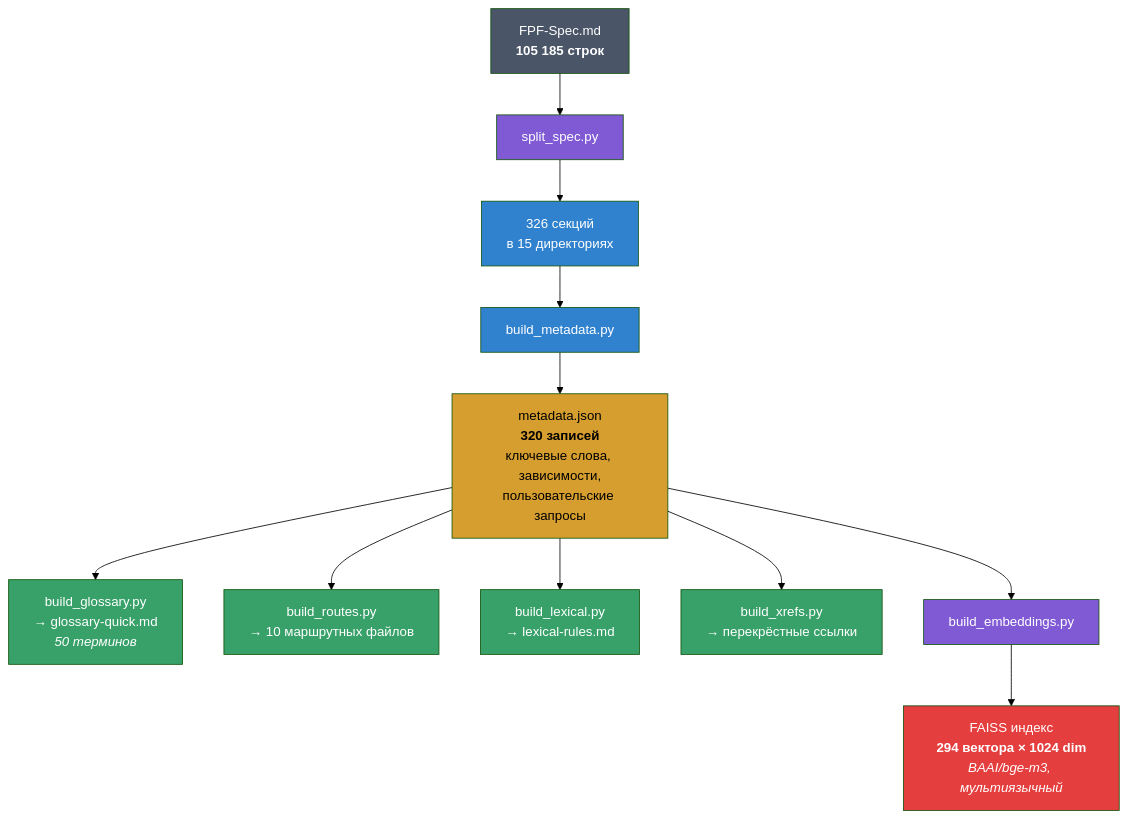
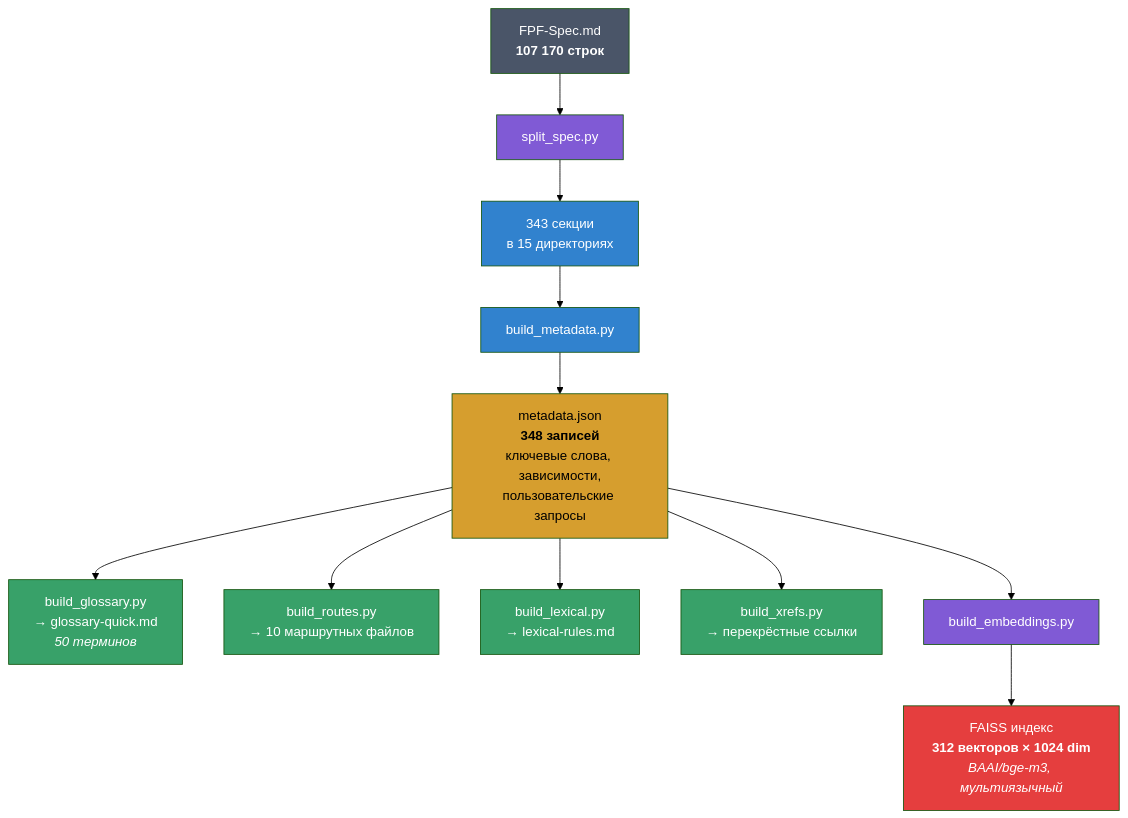
Before and after one commit to pokrovskiyv/FPF-agent: the fourth of 4 diagrams in Readme.md, drawn with Mermaid (forest theme). The commit also changed other lines of this file and 509 other files, not shown here.

````diff
--- a/Readme.md
+++ b/Readme.md
@@ -217,25 +217,25 @@
 ```mermaid
 graph TD
-    Spec["FPF-Spec.md<br/><b>105 185 строк</b>"] --> Split["split_spec.py"]
-    Split --> Sections["326 секций<br/>в 15 директориях"]
+    Spec["FPF-Spec.md<br/><b>107 170 строк</b>"] --> Split["split_spec.py"]
+    Split --> Sections["343 секции<br/>в 15 директориях"]
     Sections --> Meta["build_metadata.py"]
-    Meta --> MetaJSON["metadata.json<br/><b>320 записей</b><br/>ключевые слова, зависимости,<br/>пользовательские запросы"]
+    Meta --> MetaJSON["metadata.json<br/><b>348 записей</b><br/>ключевые слова, зависимости,<br/>пользовательские запросы"]
     MetaJSON --> Gloss["build_glossary.py<br/>→ glossary-quick.md<br/><i>50 терминов</i>"]
     MetaJSON --> Routes["build_routes.py<br/>→ 10 маршрутных файлов"]
     MetaJSON --> Lex["build_lexical.py<br/>→ lexical-rules.md"]
     MetaJSON --> XRef["build_xrefs.py<br/>→ перекрёстные ссылки"]
     MetaJSON --> Emb["build_embeddings.py"]
-    Emb --> FAISS["FAISS индекс<br/><b>294 вектора × 1024 dim</b><br/><i>BAAI/bge-m3, мультиязычный</i>"]
+    Emb --> FAISS["FAISS индекс<br/><b>312 векторов × 1024 dim</b><br/><i>BAAI/bge-m3, мультиязычный</i>"]
 
     style Spec fill:#4a5568,color:#fff
     style Split fill:#805ad5,color:#fff
     style Sections fill:#3182ce,color:#fff
     style Meta fill:#3182ce,color:#fff
     style MetaJSON fill:#d69e2e,color:#000
     style Gloss fill:#38a169,color:#fff
     style Routes fill:#38a169,color:#fff
     style Lex fill:#38a169,color:#fff
     style XRef fill:#38a169,color:#fff
     style Emb fill:#805ad5,color:#fff
     style FAISS fill:#e53e3e,color:#fff
 ```
````
